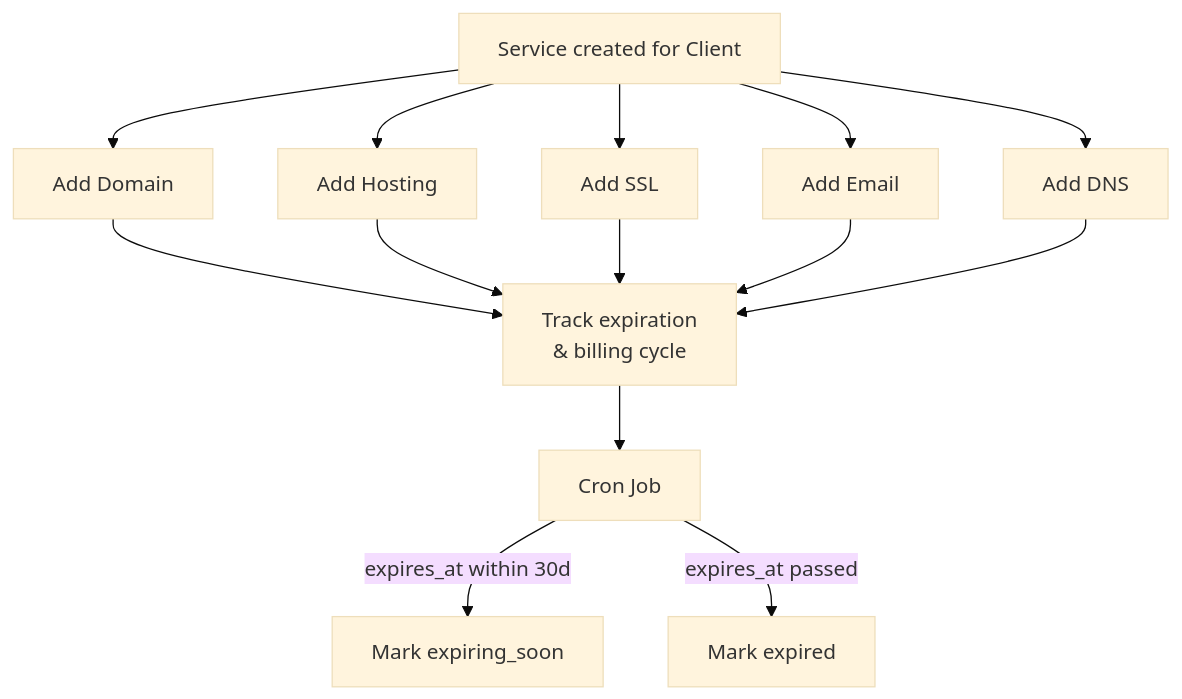
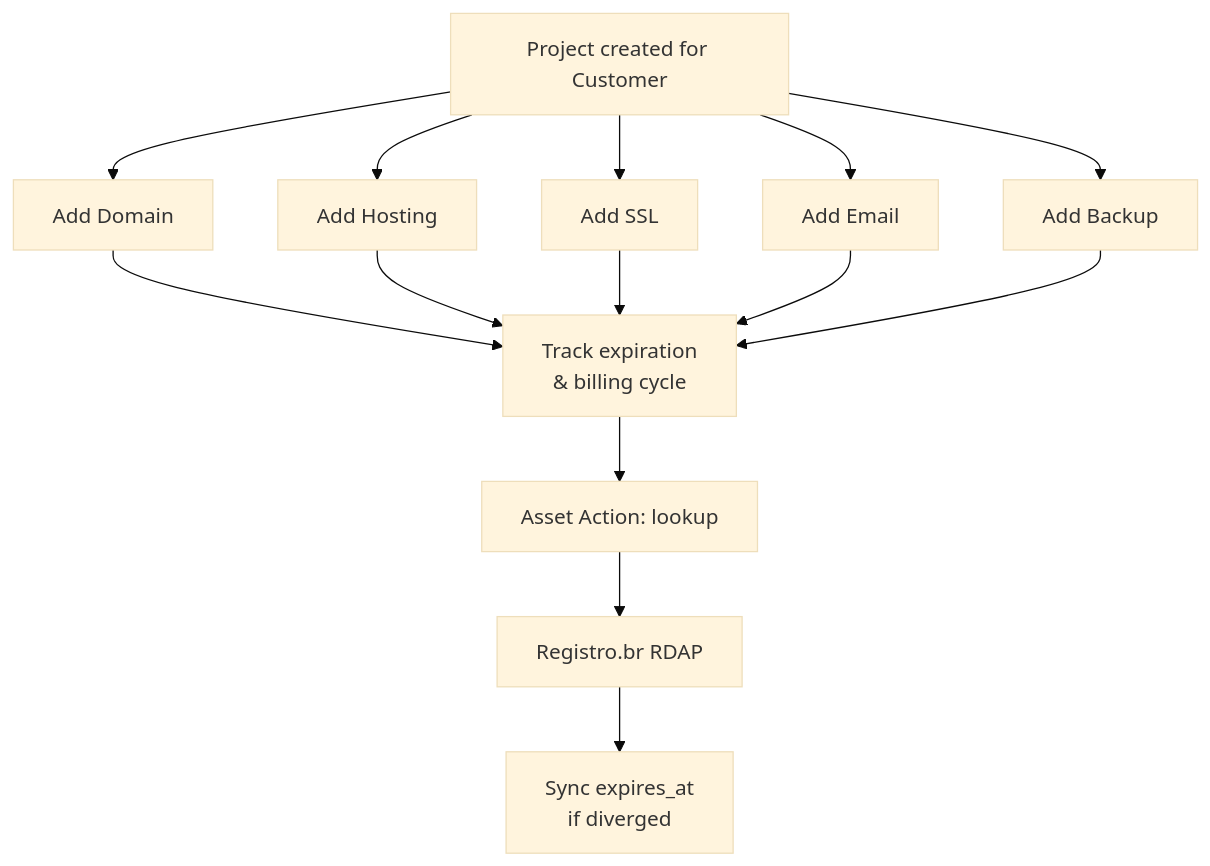
The third of 3 diagrams in financial-system.md (BooPixel/boopixel-strategy), drawn with Mermaid (base theme) before and after one commit. The commit also changed other lines of this file and 5 other files, not shown here.

````diff
--- a/financial-system.md
+++ b/financial-system.md
@@ -332,14 +397,14 @@
 ```mermaid
 flowchart TD
-    S[Service created for Client] --> A1[Add Domain]
-    S --> A2[Add Hosting]
-    S --> A3[Add SSL]
-    S --> A4[Add Email]
-    S --> A5[Add DNS]
+    P[Project created for Customer] --> A1[Add Domain]
+    P --> A2[Add Hosting]
+    P --> A3[Add SSL]
+    P --> A4[Add Email]
+    P --> A5[Add Backup]
 
     A1 & A2 & A3 & A4 & A5 --> Track[Track expiration\n& billing cycle]
 
-    Track --> Cron[Cron Job]
-    Cron -->|expires_at within 30d| Alert[Mark expiring_soon]
-    Cron -->|expires_at passed| Expired[Mark expired]
+    Track --> Action[Asset Action: lookup]
+    Action --> RDAP[Registro.br RDAP]
+    RDAP --> Sync[Sync expires_at\nif diverged]
 ```
````
